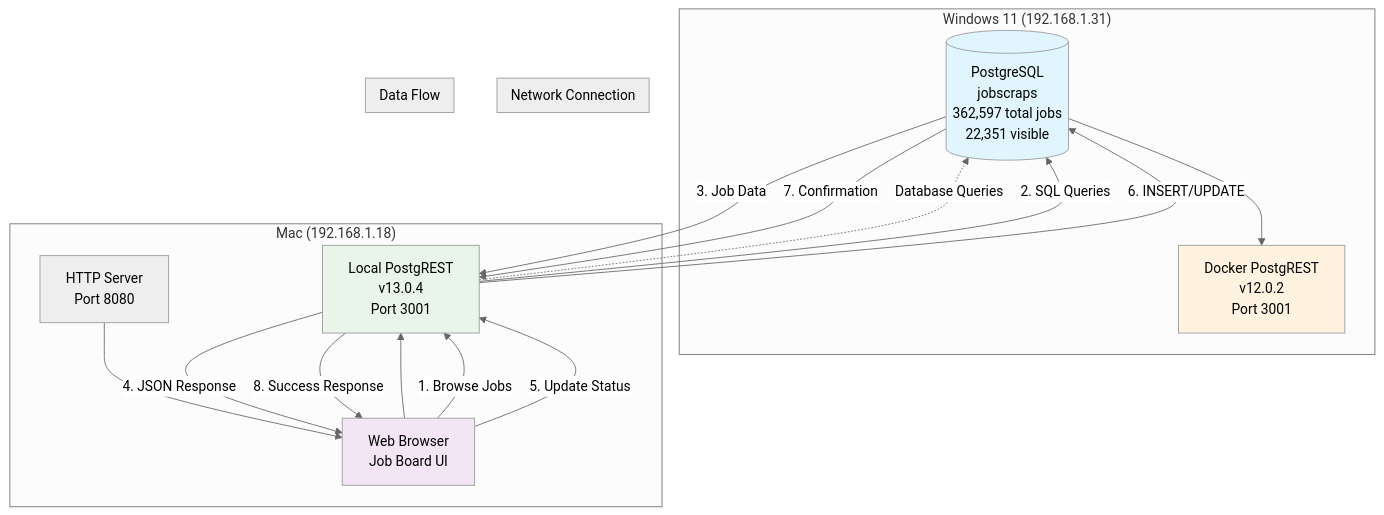
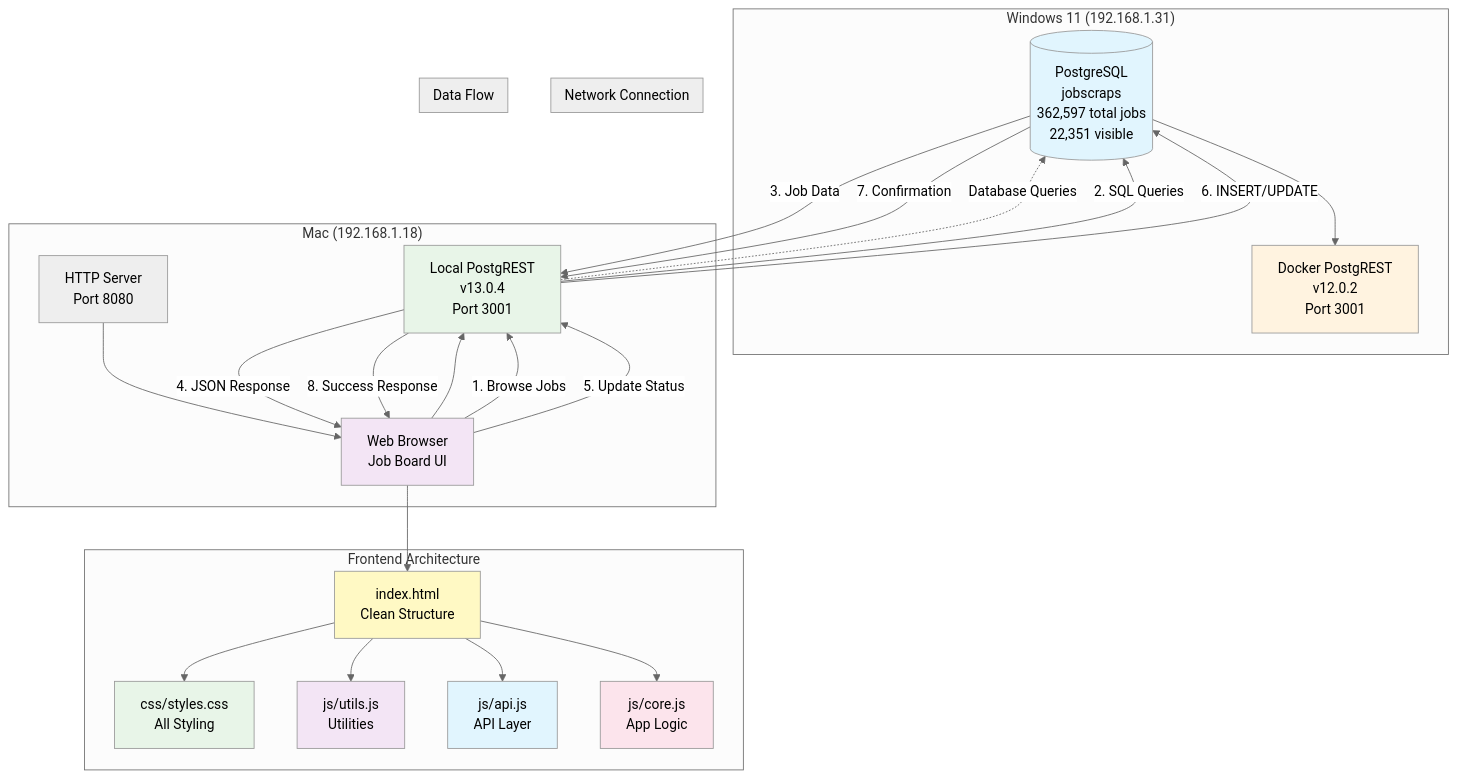
Before and after one commit to zenseeker0/jobscraps_frontend: the first of 3 diagrams in jobscraps_frontend_README.md, drawn with Mermaid (neutral theme). The commit also changed other lines of this file and 7 other files, not shown here.

First line of the commit message:
refactor frontend:extract monolithic index.html into modular architectur

````diff
--- a/jobscraps_frontend_README.md
+++ b/jobscraps_frontend_README.md
@@ -17,38 +33,51 @@
 ```mermaid
 graph TB
     subgraph "Windows 11 (192.168.1.31)"
         PG[(PostgreSQL<br/>jobscraps<br/>362,597 total jobs<br/>22,351 visible)]
         DPR[Docker PostgREST<br/>v12.0.2<br/>Port 3001]
         PG --> DPR
     end
     
     subgraph "Mac (192.168.1.18)"
         LPR[Local PostgREST<br/>v13.0.4<br/>Port 3001]
         WEB[HTTP Server<br/>Port 8080]
         BROWSER[Web Browser<br/>Job Board UI]
         
         WEB --> BROWSER
         BROWSER --> LPR
+    end
+    
+    subgraph "Frontend Architecture"
+        BROWSER --> HTML[index.html<br/>Clean Structure]
+        HTML --> CSS[css/styles.css<br/>All Styling]
+        HTML --> UTILS[js/utils.js<br/>Utilities]
+        HTML --> API[js/api.js<br/>API Layer]
+        HTML --> CORE[js/core.js<br/>App Logic]
     end
     
     subgraph "Network Connection"
         LPR -.->|Database Queries| PG
     end
     
     subgraph "Data Flow"
         BROWSER -->|1. Browse Jobs| LPR
         LPR -->|2. SQL Queries| PG
         PG -->|3. Job Data| LPR
         LPR -->|4. JSON Response| BROWSER
         
         BROWSER -->|5. Update Status| LPR
         LPR -->|6. INSERT/UPDATE| PG
         PG -->|7. Confirmation| LPR
         LPR -->|8. Success Response| BROWSER
     end
     
     style PG fill:#e1f5fe
     style BROWSER fill:#f3e5f5
     style LPR fill:#e8f5e8
     style DPR fill:#fff3e0
+    style HTML fill:#fff9c4
+    style CSS fill:#e8f5e8
+    style UTILS fill:#f3e5f5
+    style API fill:#e1f5fe
+    style CORE fill:#fce4ec
 ```
````
